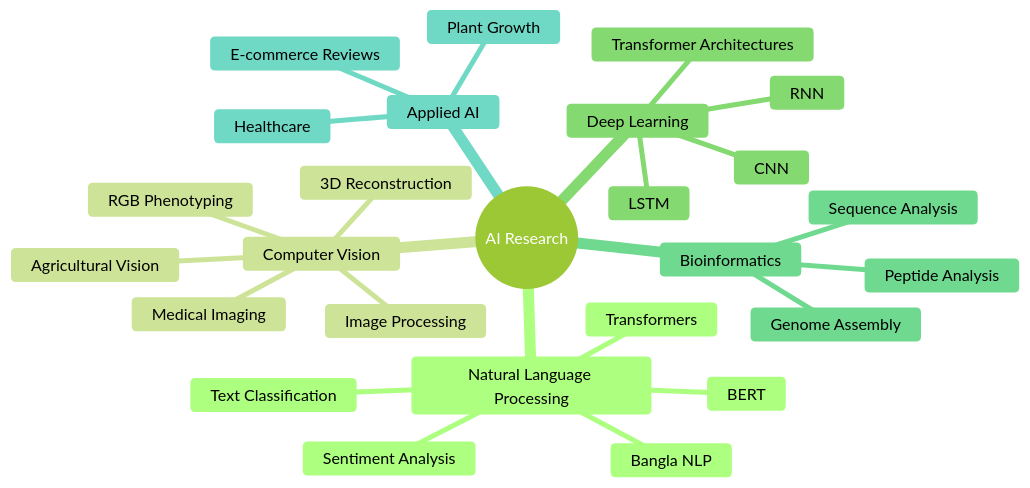
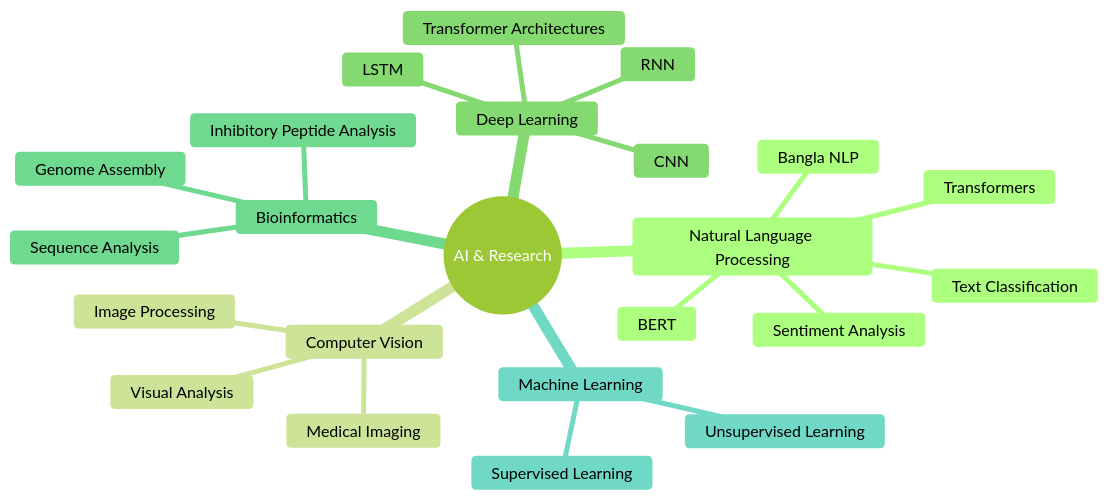
Before and after one commit to saimim/saimim: the diagram in README.md, drawn with Mermaid (forest theme). The commit also changed other lines of this file, not shown here.

````diff
--- a/README.md
+++ b/README.md
@@ -469,29 +519,26 @@
 ```mermaid
 mindmap
-  root((AI Research))
+  root((AI & Research))
     Natural Language Processing
       Bangla NLP
       Sentiment Analysis
       Text Classification
       BERT
       Transformers
     Computer Vision
       Image Processing
-      Agricultural Vision
-      RGB Phenotyping
       Medical Imaging
-      3D Reconstruction
+      Visual Analysis
     Deep Learning
       CNN
       RNN
       LSTM
       Transformer Architectures
     Bioinformatics
       Sequence Analysis
       Genome Assembly
-      Peptide Analysis
-    Applied AI
-      Plant Growth
-      E-commerce Reviews
-      Healthcare
+      Inhibitory Peptide Analysis
+    Machine Learning
+      Supervised Learning
+      Unsupervised Learning
 ```
````
